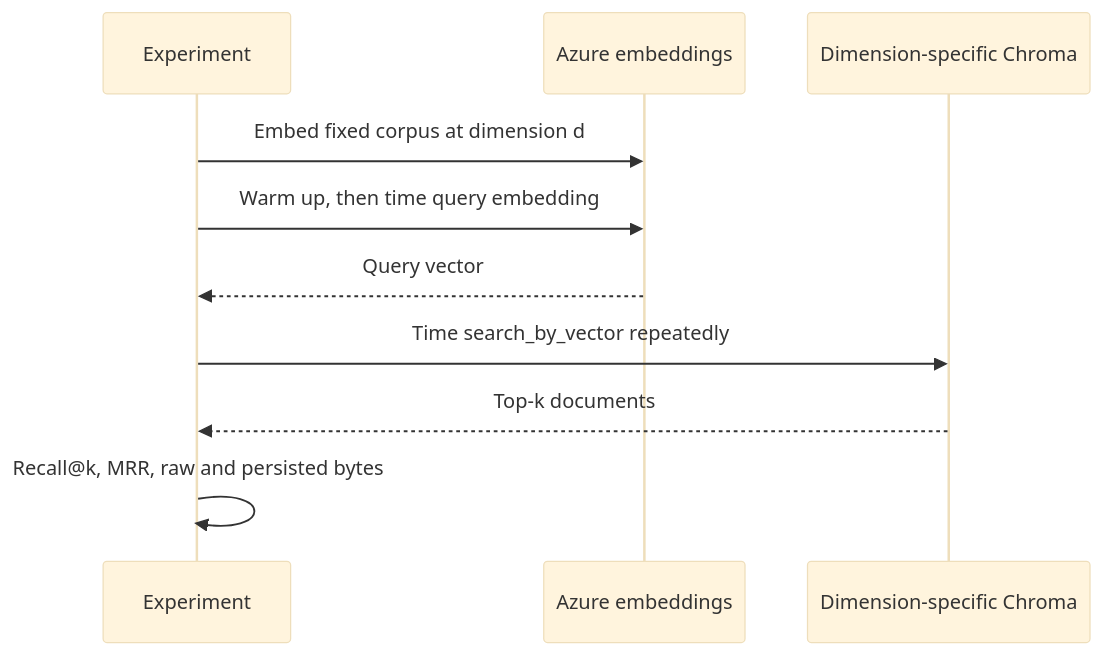
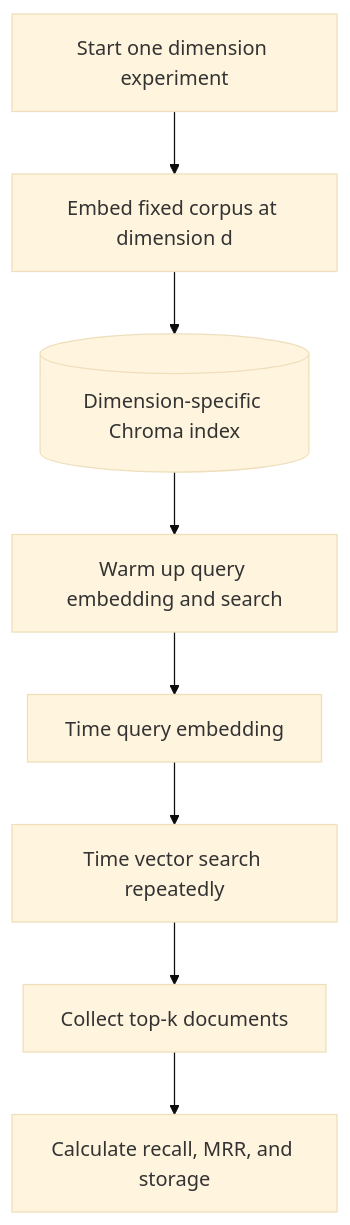
The second of 2 diagrams in src/rag_lab/labs/vector_dimensions/README.md (rajeswarandhandapani/rag-patterns-lab), drawn with Mermaid (base theme) before and after one commit. The commit also changed other lines of this file and 10 other files, not shown here.

````diff
--- a/src/rag_lab/labs/vector_dimensions/README.md
+++ b/src/rag_lab/labs/vector_dimensions/README.md
@@ -23,12 +26,10 @@
 ```mermaid
-sequenceDiagram
-    participant X as Experiment
-    participant E as Azure embeddings
-    participant V as Dimension-specific Chroma
-    X->>E: Embed fixed corpus at dimension d
-    X->>E: Warm up, then time query embedding
-    E-->>X: Query vector
-    X->>V: Time search_by_vector repeatedly
-    V-->>X: Top-k documents
-    X->>X: Recall@k, MRR, raw and persisted bytes
+flowchart TD
+    X["Start one dimension experiment"] --> E["Embed fixed corpus at dimension d"]
+    E --> V[("Dimension-specific Chroma index")]
+    V --> W["Warm up query embedding and search"]
+    W --> Q["Time query embedding"]
+    Q --> S["Time vector search repeatedly"]
+    S --> K["Collect top-k documents"]
+    K --> M["Calculate recall, MRR, and storage"]
 ```
````
